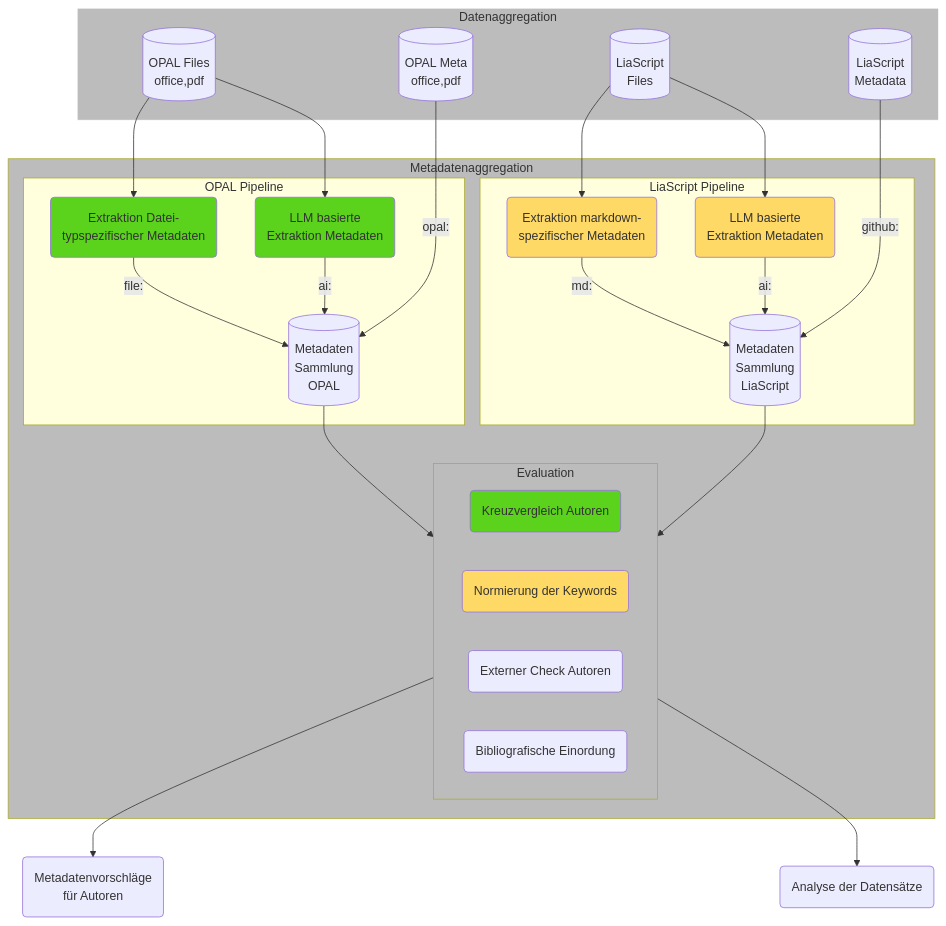
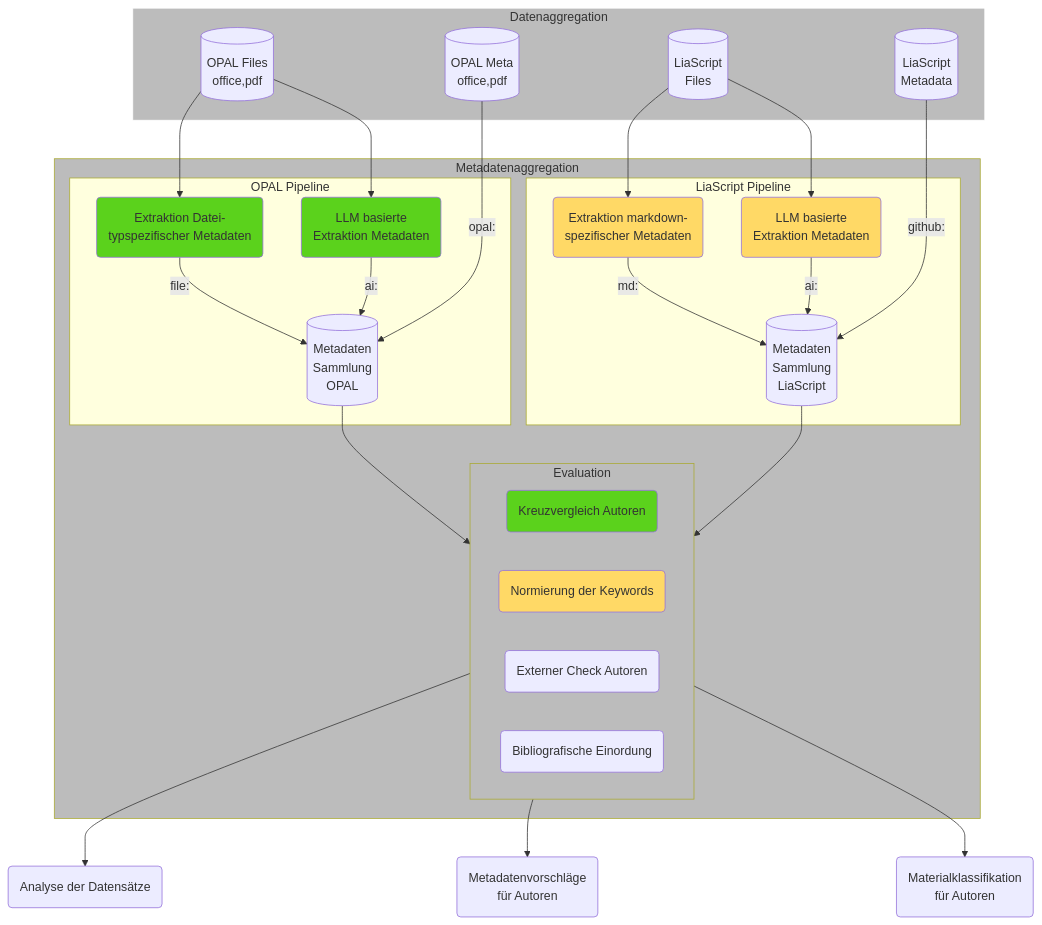
Before and after one commit to TUBAF-IFI-ConnectedLecturer/Data_aggregation: the second of 2 diagrams in README.md, drawn with Mermaid. The commit also changed other lines of this file, not shown here.

````diff
--- a/README.md
+++ b/README.md
@@ -95,56 +95,57 @@
 ```mermaid
 flowchart TD
 
     classDef green fill:#5bd21c
     classDef yellow fill:#ffd966
     classDef gray fill:#bcbcbc
     classDef white fill:#ffffff,stroke:#ffffff
 
     subgraph Datenaggregation
-    OPAL_FILES[(OPAL Files\noffice,pdf)]
-    OPAL_METADATA_FILES[(OPAL Meta\noffice,pdf)]
-    LIA_FILES_[(LiaScript\nFiles)]
-    LIA_METADATA_FILES[(LiaScript\nMetadata)]
+    OPAL_FILES[(OPAL Files<br>office,pdf)]
+    OPAL_METADATA_FILES[(OPAL Meta<br>office,pdf)]
+    LIA_FILES_[(LiaScript<br>Files)]
+    LIA_METADATA_FILES[(LiaScript<br>Metadata)]
     end
 
     class Materialidentifikation, gray
 
     subgraph Metadatenaggregation
     subgraph OPAL Pipeline
-    OPAL_EXTRACTION_TYP_MD(Extraktion Datei-\n typspezifischer Metadaten):::green
-    OPAL_EXTRACTION_LLM_MD(LLM basierte\nExtraktion Metadaten):::green
-    OPAL_EXTRACTION_TYP_MD--> |file:|OPALFILES[(Metadaten \nSammlung\n OPAL)]
+    OPAL_EXTRACTION_TYP_MD(Extraktion Datei-<br> typspezifischer Metadaten):::green
+    OPAL_EXTRACTION_LLM_MD(LLM basierte<br>Extraktion Metadaten):::green
+    OPAL_EXTRACTION_TYP_MD--> |file:|OPALFILES[(Metadaten<br>Sammlung<br> OPAL)]
     OPAL_EXTRACTION_LLM_MD --> |ai:|OPALFILES
     OPAL_METADATA_FILES --> |opal:|OPALFILES
     end
     subgraph LiaScript Pipeline
-    LIA_EXTRACTION_TYP_MD(Extraktion markdown-\n spezifischer Metadaten):::yellow
-    LIA_EXTRACTION_LLM_MD(LLM basierte\nExtraktion Metadaten):::yellow
-    LIA_EXTRACTION_TYP_MD--> |md:|LIAFILES[(Metadaten \nSammlung\n LiaScript)]
+    LIA_EXTRACTION_TYP_MD(Extraktion markdown-<br>spezifischer Metadaten):::yellow
+    LIA_EXTRACTION_LLM_MD(LLM basierte<br>Extraktion Metadaten):::yellow
+    LIA_EXTRACTION_TYP_MD--> |md:|LIAFILES[(Metadaten <br>Sammlung<br>LiaScript)]
     LIA_EXTRACTION_LLM_MD --> |ai:|LIAFILES
     LIA_METADATA_FILES --> |github:|LIAFILES
     end
 
     subgraph Evaluation
     KREUZVERGLEICH(Kreuzvergleich Autoren):::green 
     KLASSIFIKATION(Normierung der Keywords):::yellow
     PLAUSIBILISIERUNG(Externer Check Autoren)
     BIB_KLASSIFIKATION(Bibliografische Einordung)
     end
 
     OPALFILES --> Evaluation
     LIAFILES --> Evaluation
 
     end
 
     OPAL_FILES --> OPAL_EXTRACTION_TYP_MD
     OPAL_FILES --> OPAL_EXTRACTION_LLM_MD
     LIA_FILES_ --> LIA_EXTRACTION_TYP_MD
     LIA_FILES_ --> LIA_EXTRACTION_LLM_MD
 
-    Evaluation --> METADATA_PROPOSALS(Metadatenvorschläge\nfür Autoren)
     Evaluation --> METADATA_Analysis(Analyse der Datensätze)
+    Evaluation --> METADATA_PROPOSALS(Metadatenvorschläge<br>für Autoren)
+    Evaluation --> METADATA_CLASSIFICATION(Materialklassifikation<br>für Autoren)
 
     class Datenaggregation white
     class Datenaggregation,Metadatenaggregation,Evaluation gray
 ```
````
